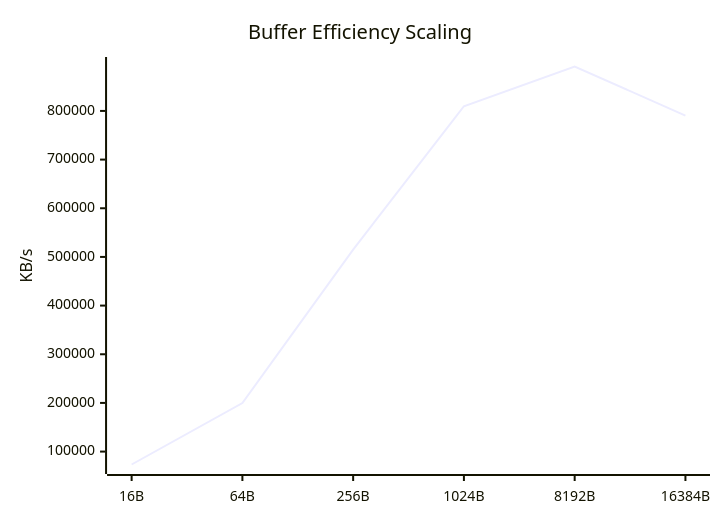
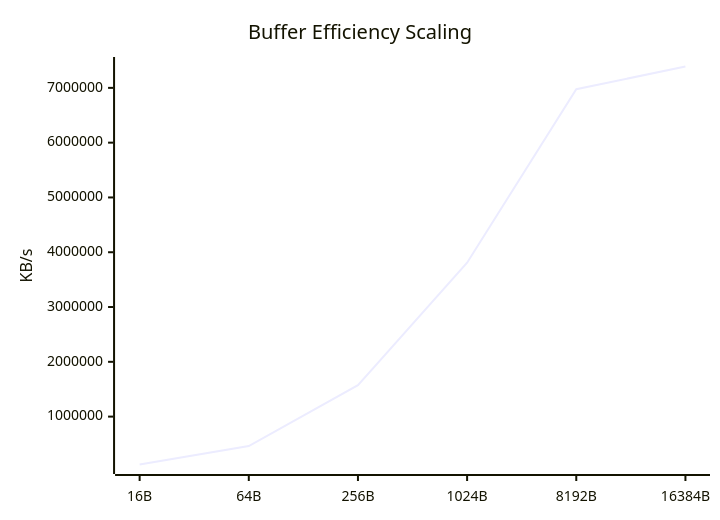
Before and after one commit to taha2samy/openssl_fips: the fifth of 9 diagrams in docs/Comparison_Report.md, drawn with Mermaid. The commit also changed other lines of this file and 2 other files, not shown here.

````diff
--- a/docs/Comparison_Report.md
+++ b/docs/Comparison_Report.md
@@ -135,7 +94,7 @@
 ```mermaid
 xychart-beta
     title "Buffer Efficiency Scaling"
     x-axis [16B, 64B, 256B, 1024B, 8192B, 16384B]
     y-axis "KB/s"
-    line [73466.7, 199736.86, 515029.27, 809611.61, 891285.96, 790513.85]
+    line [125917.64, 462727.71, 1572881.02, 3809427.46, 6975729.66, 7389978.62]
 ```
````
